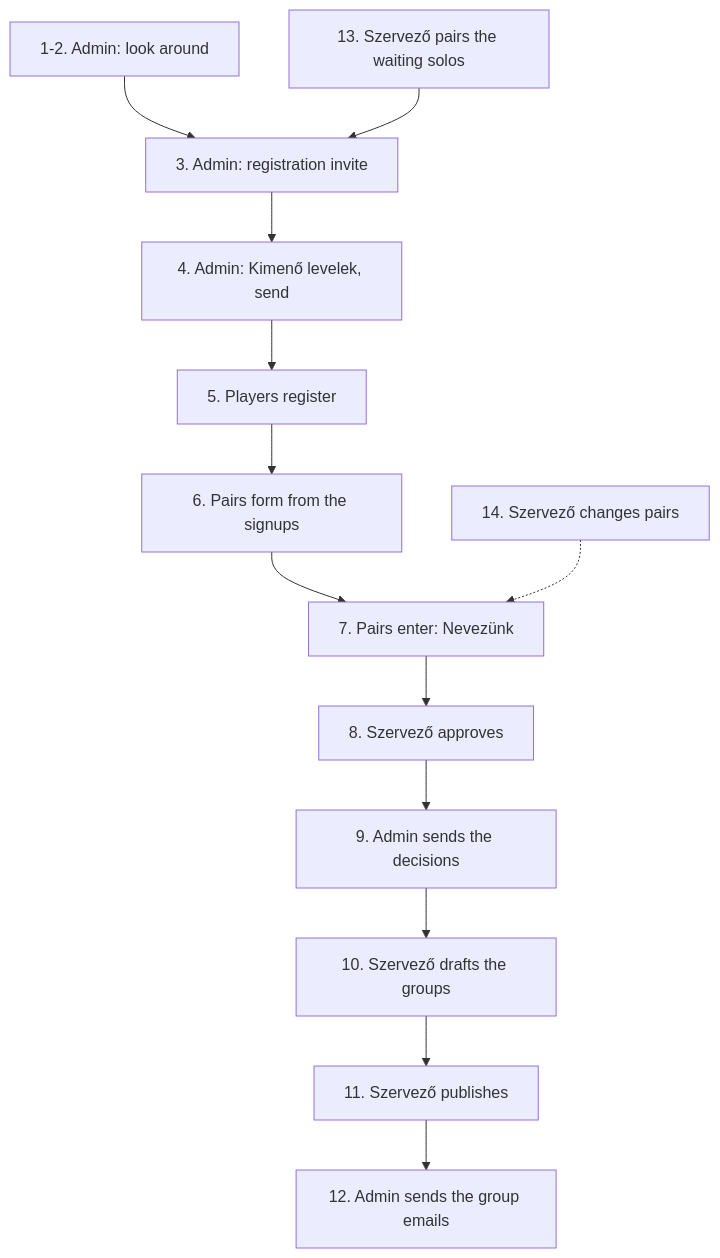
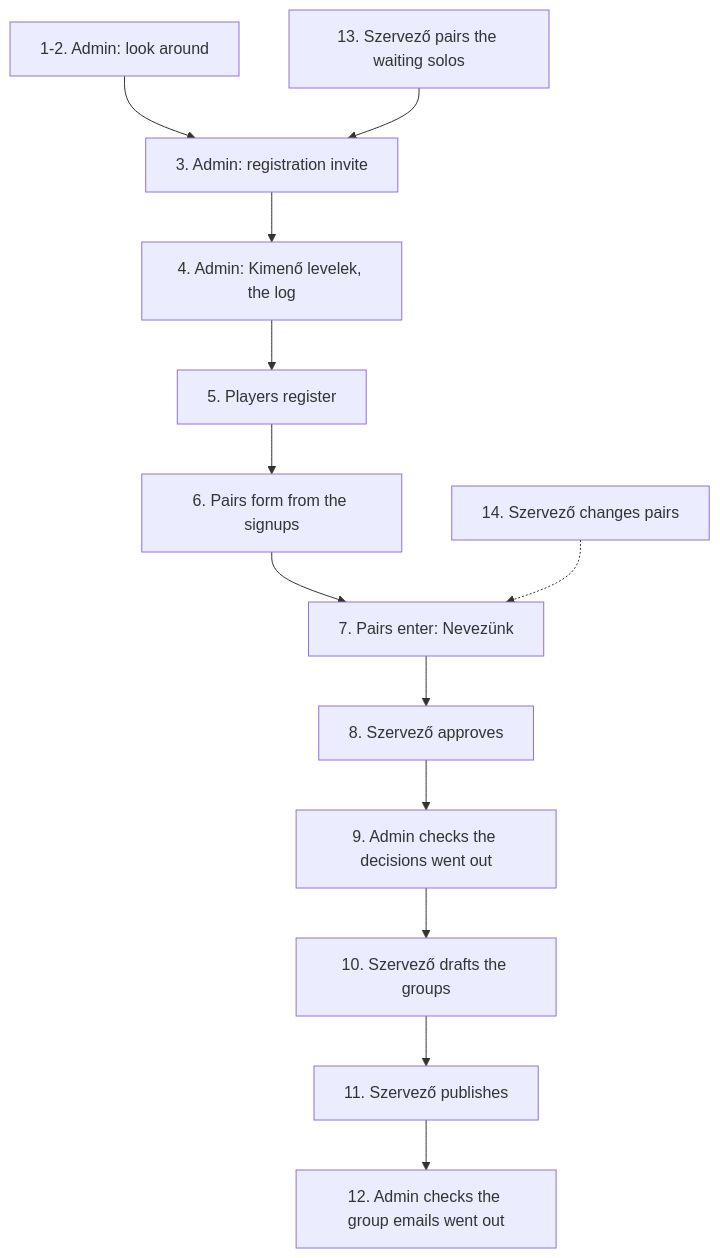
The diagram in docs/walkthrough.md (devel0peter/padel-liga), drawn with Mermaid before and after one commit. The commit also changed other lines of this file and 33 other files, not shown here.

First line of the commit message:
feat: send every email automatically and turn the outbox into a log (#112)

````diff
--- a/docs/walkthrough.md
+++ b/docs/walkthrough.md
@@ -89,15 +89,15 @@
 ```mermaid
 flowchart TD
   A["1-2. Admin: look around"] --> B["3. Admin: registration invite"]
-  B --> C["4. Admin: Kimenő levelek, send"]
+  B --> C["4. Admin: Kimenő levelek, the log"]
   C --> D["5. Players register"]
   D --> E["6. Pairs form from the signups"]
   E --> F["7. Pairs enter: Nevezünk"]
   F --> G["8. Szervező approves"]
-  G --> H["9. Admin sends the decisions"]
+  G --> H["9. Admin checks the decisions went out"]
   H --> I["10. Szervező drafts the groups"]
   I --> J["11. Szervező publishes"]
-  J --> K["12. Admin sends the group emails"]
+  J --> K["12. Admin checks the group emails went out"]
   L["13. Szervező pairs the waiting solos"] --> B
   M["14. Szervező changes pairs"] -.-> F
 ```
````
